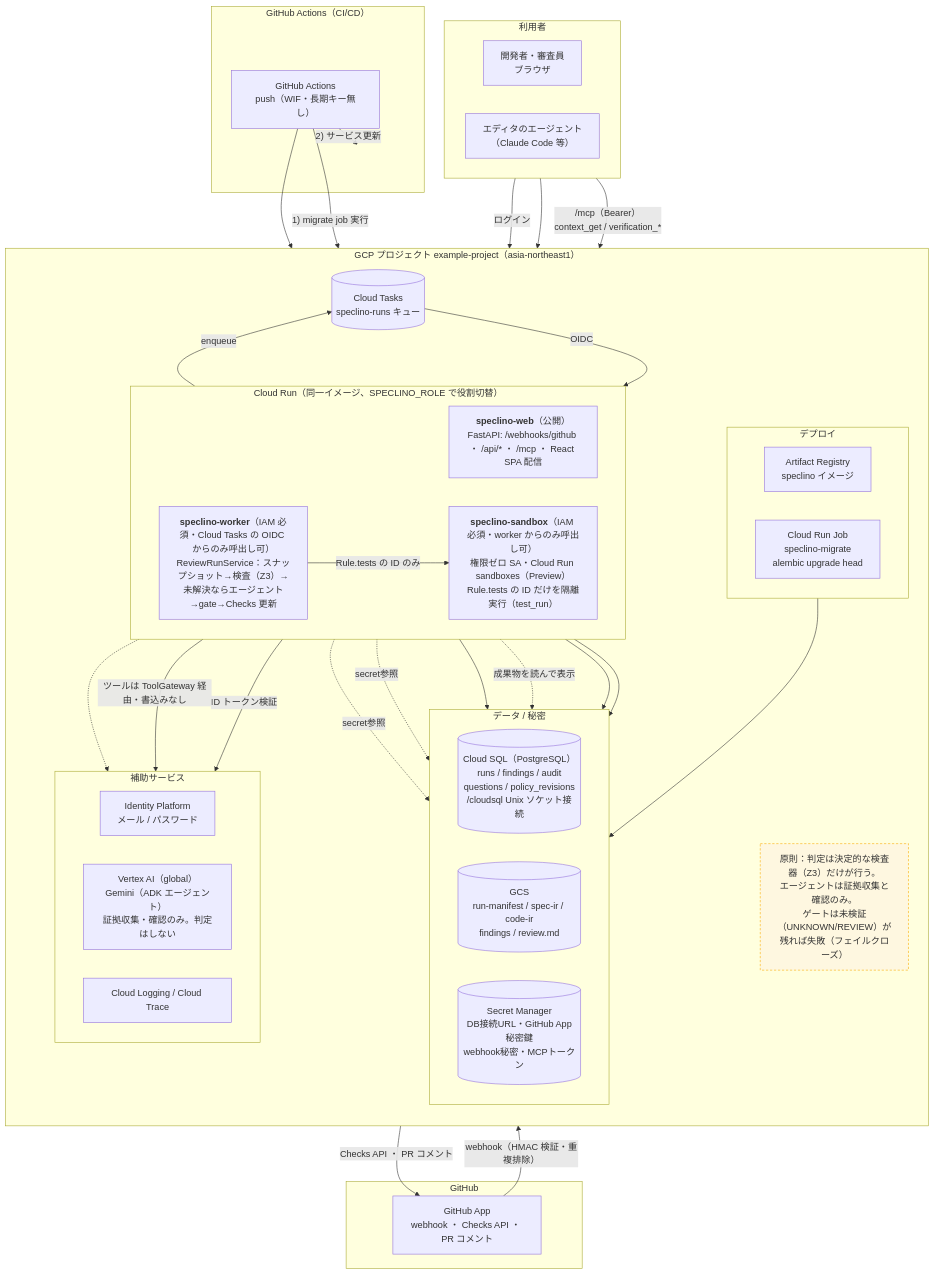
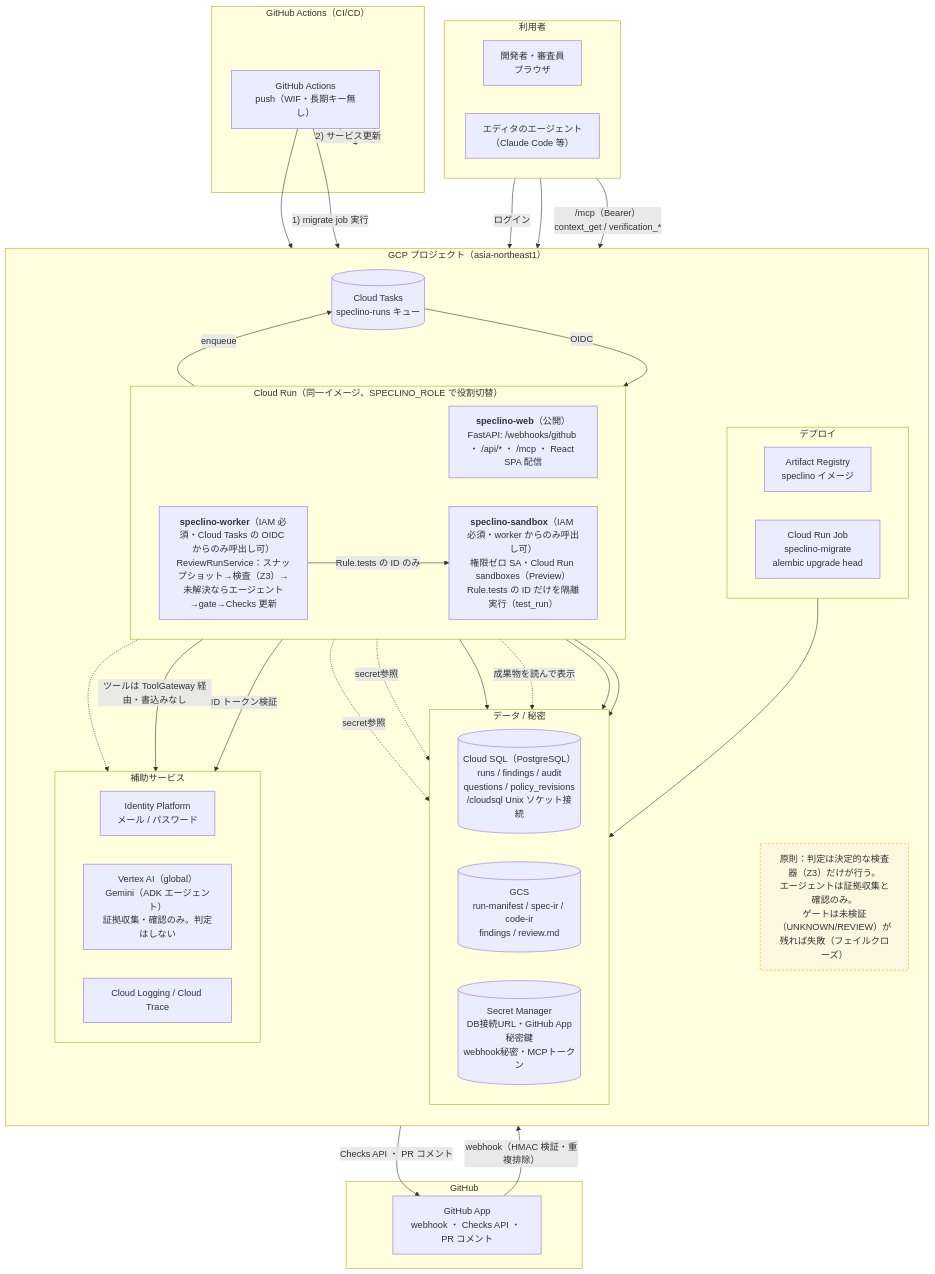
The diagram in design/architecture.mmd (tanabe-yudai/speclino), drawn with Mermaid before and after one commit. The commit also changed 14 other files, not shown here.

```diff
--- a/design/architecture.mmd
+++ b/design/architecture.mmd
@@ -1,76 +1,76 @@
 flowchart TB
   subgraph USERS["利用者"]
     direction LR
     DEV["開発者・審査員<br/>ブラウザ"]
     ED["エディタのエージェント<br/>（Claude Code 等）"]
   end
 
   subgraph GHAPPSG["GitHub"]
     GHAPP["GitHub App<br/>webhook ・ Checks API ・ PR コメント"]
   end
 
-  subgraph GCP["GCP プロジェクト example-project（asia-northeast1）"]
+  subgraph GCP["GCP プロジェクト（asia-northeast1）"]
     direction TB
 
     subgraph GCP_RUN["Cloud Run（同一イメージ、SPECLINO_ROLE で役割切替）"]
       direction LR
       WEB["<b>speclino-web</b>（公開）<br/>FastAPI: /webhooks/github ・ /api/* ・ /mcp ・ React SPA 配信"]
       WORKER["<b>speclino-worker</b>（IAM 必須・Cloud Tasks の OIDC からのみ呼出し可）<br/>ReviewRunService：スナップショット→検査（Z3）→未解決ならエージェント→gate→Checks 更新"]
       SANDBOX["<b>speclino-sandbox</b>（IAM 必須・worker からのみ呼出し可）<br/>権限ゼロ SA・Cloud Run sandboxes（Preview）<br/>Rule.tests の ID だけを隔離実行（test_run）"]
     end
 
     TASKS[("Cloud Tasks<br/>speclino-runs キュー")]
 
     subgraph GCP_DATA["データ / 秘密"]
       direction LR
       SQL[("Cloud SQL（PostgreSQL）<br/>runs / findings / audit<br/>questions / policy_revisions<br/>/cloudsql Unix ソケット接続")]
       GCS[("GCS<br/>run-manifest / spec-ir / code-ir<br/>findings / review.md")]
       SECRETS[("Secret Manager<br/>DB接続URL・GitHub App秘密鍵<br/>webhook秘密・MCPトークン")]
     end
 
     subgraph GCP_AUX["補助サービス"]
       direction LR
       IDP["Identity Platform<br/>メール / パスワード"]
       VERTEX["Vertex AI（global）<br/>Gemini（ADK エージェント）<br/>証拠収集・確認のみ。判定はしない"]
       OBS["Cloud Logging / Cloud Trace"]
     end
 
     subgraph GCP_DEPLOY["デプロイ"]
       direction LR
       AR["Artifact Registry<br/>speclino イメージ"]
       MIGRATE["Cloud Run Job<br/>speclino-migrate<br/>alembic upgrade head"]
     end
 
     NOTE["原則：判定は決定的な検査器（Z3）だけが行う。<br/>エージェントは証拠収集と確認のみ。<br/>ゲートは未検証（UNKNOWN/REVIEW）が残れば失敗（フェイルクローズ）"]
   end
 
   subgraph GHACTSG["GitHub Actions（CI/CD）"]
     GHACT["GitHub Actions<br/>push（WIF・長期キー無し）"]
   end
 
   DEV -- "ログイン" --> IDP
   DEV --> WEB
   ED -- "/mcp（Bearer）<br/>context_get / verification_*" --> WEB
   GHAPP -- "webhook（HMAC 検証・重複排除）" --> WEB
   WEB -- "ID トークン検証" --> IDP
   WEB -- enqueue --> TASKS
   TASKS -- OIDC --> WORKER
   WORKER -- "Checks API ・ PR コメント" --> GHAPP
   WORKER -- "ツールは ToolGateway 経由・書込みなし" --> VERTEX
   WORKER -- "Rule.tests の ID のみ" --> SANDBOX
   WEB --> SQL
   WORKER --> SQL
   MIGRATE --> SQL
   WEB -. "成果物を読んで表示" .-> GCS
   WORKER --> GCS
   WEB -. secret参照 .-> SECRETS
   WORKER -. secret参照 .-> SECRETS
 
   GHACT --> AR
   GHACT -- "1) migrate job 実行" --> MIGRATE
   GHACT -- "2) サービス更新" --> GCP_RUN
 
   GCP_RUN -.-> OBS
 
   classDef note fill:#fef7e0,stroke:#f9ab00,stroke-dasharray: 4 3,color:#333
   class NOTE note
```
